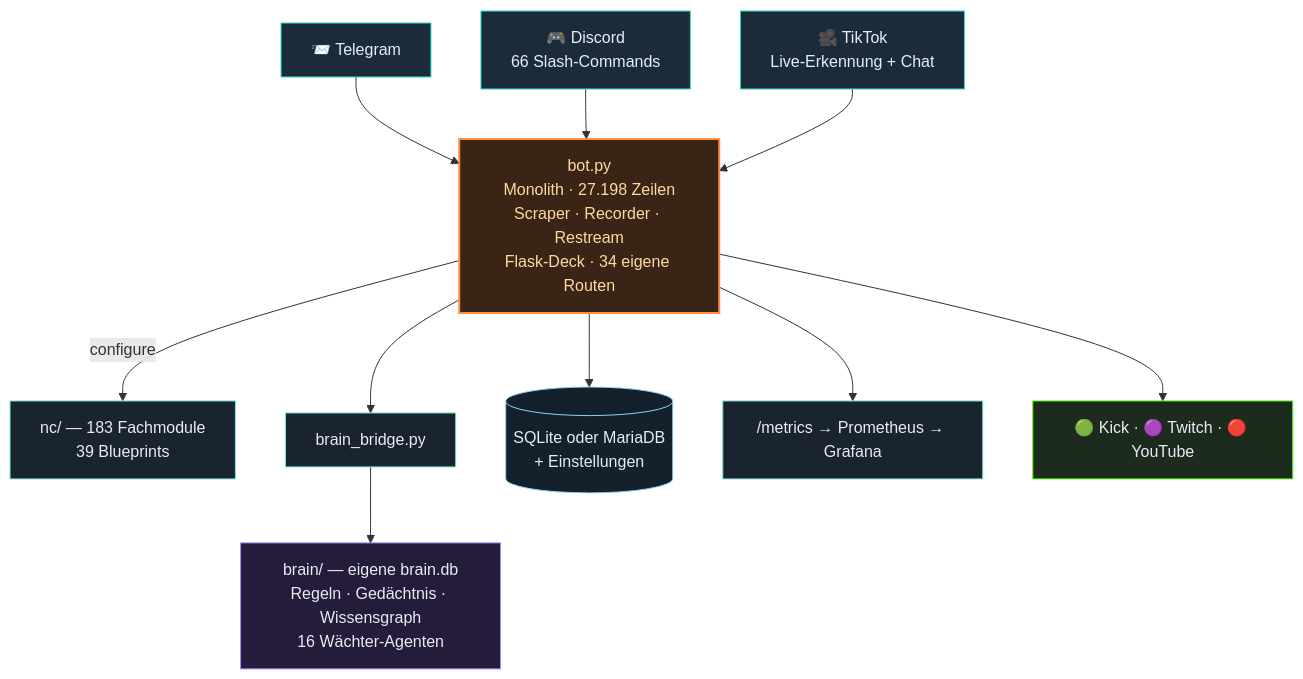
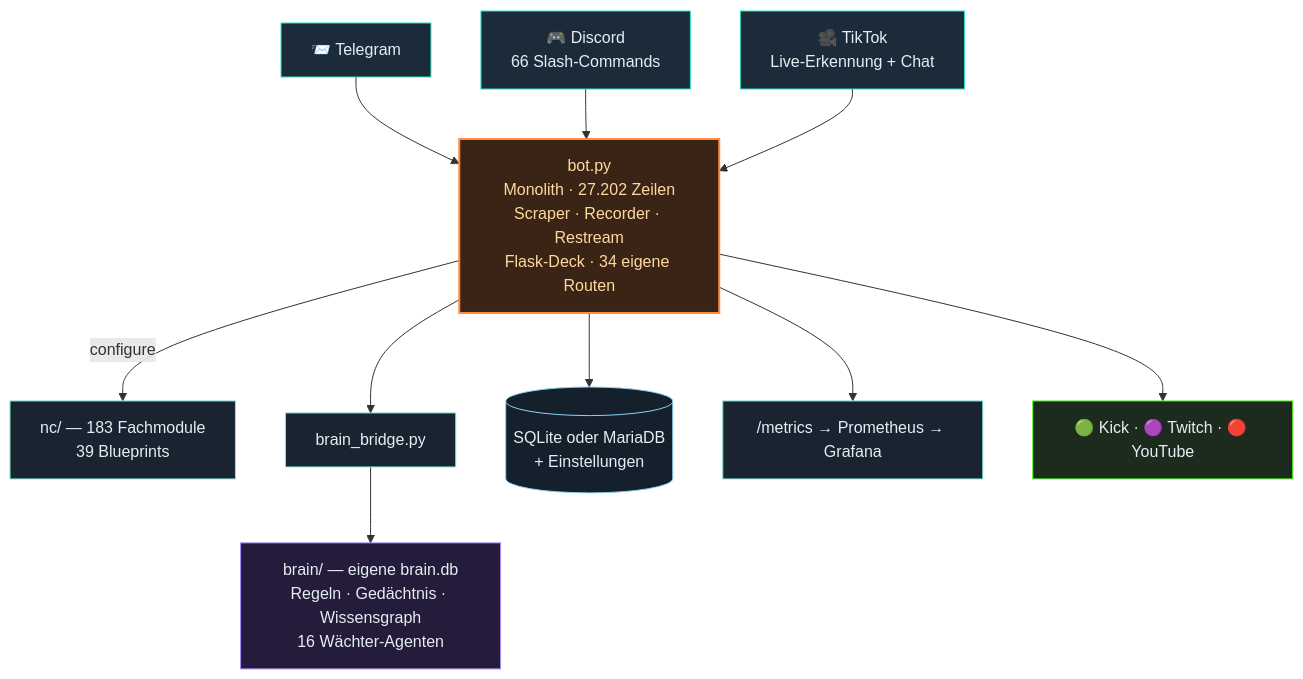
The second of 3 diagrams in README.md (itsamemedev/Telegram-Stream-Info-Bot), drawn with Mermaid before and after one commit. The commit also changed other lines of this file and 7 other files, not shown here.

````diff
--- a/README.md
+++ b/README.md
@@ -118,19 +118,19 @@
 ```mermaid
 flowchart TB
     TG["📨 Telegram"]:::ein --> BOT
     DC["🎮 Discord<br/>66 Slash-Commands"]:::ein --> BOT
     TT["🎥 TikTok<br/>Live-Erkennung + Chat"]:::ein --> BOT
-    BOT["bot.py<br/>Monolith · 27.198 Zeilen<br/>Scraper · Recorder · Restream<br/>Flask-Deck · 34 eigene Routen"]:::core
+    BOT["bot.py<br/>Monolith · 27.202 Zeilen<br/>Scraper · Recorder · Restream<br/>Flask-Deck · 34 eigene Routen"]:::core
     BOT -->|configure| NC["nc/ — 183 Fachmodule<br/>39 Blueprints"]:::lib
     BOT --> BR["brain_bridge.py"]:::lib
     BR --> BRAIN["brain/ — eigene brain.db<br/>Regeln · Gedächtnis · Wissensgraph<br/>16 Wächter-Agenten"]:::brain
     BOT --> DB[("SQLite oder MariaDB<br/>+ Einstellungen")]:::db
     BOT --> PROM["/metrics → Prometheus → Grafana"]:::lib
     BOT --> OUT["🟢 Kick · 🟣 Twitch · 🔴 YouTube"]:::out
     classDef ein fill:#1c2b3a,stroke:#2de1c2,color:#e6edf3
     classDef core fill:#3a2415,stroke:#ff8c42,stroke-width:2px,color:#ffd9a0
     classDef lib fill:#1a2430,stroke:#7fe7d4,color:#e6edf3
     classDef brain fill:#241c3a,stroke:#a78bfa,color:#e6edf3
     classDef db fill:#14202c,stroke:#8fd3f4,color:#e6edf3
     classDef out fill:#1c2b1e,stroke:#53fc18,color:#e6edf3
 ```
````
